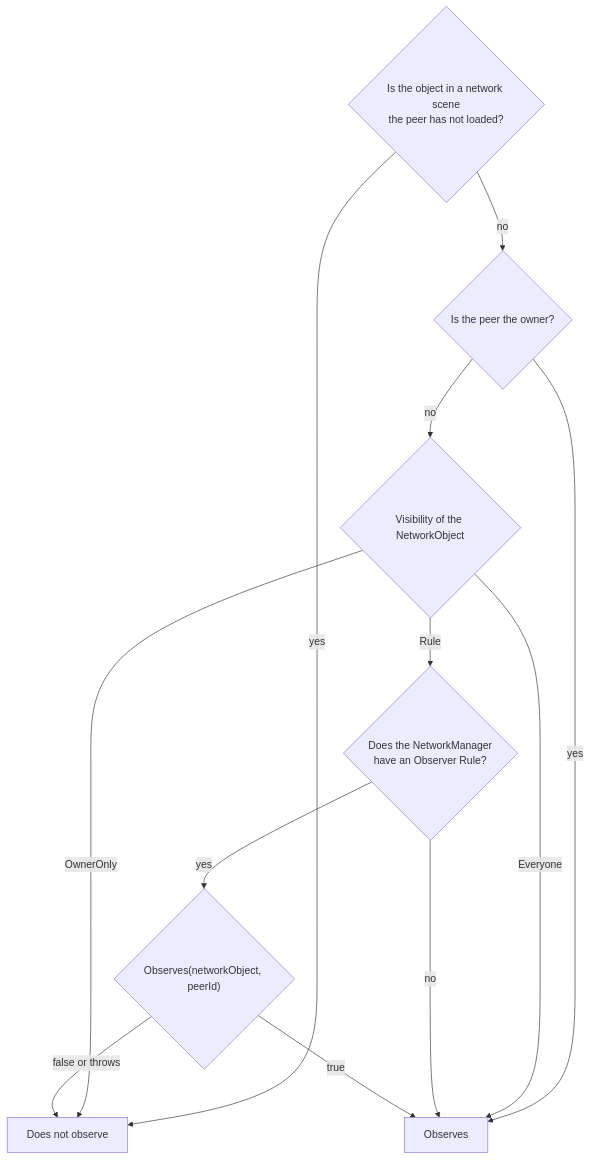
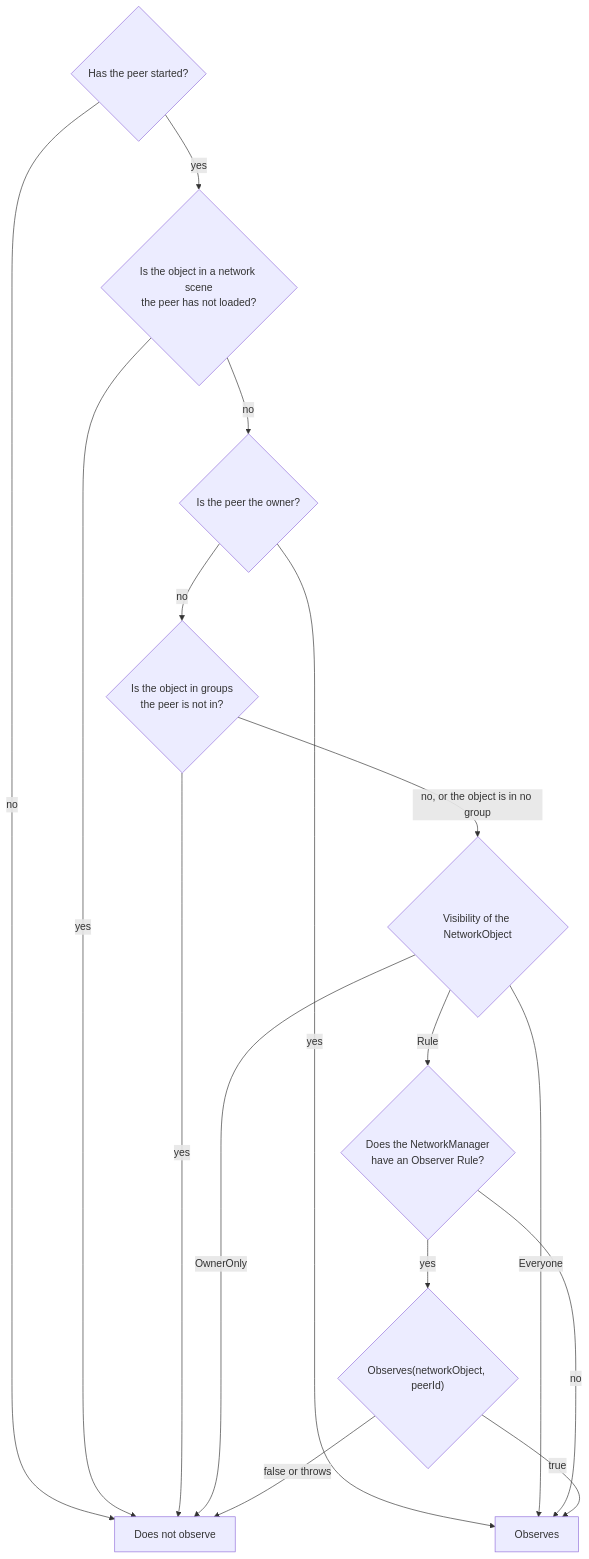
One commit to fomoxa/unity-docs changed the diagram in objects/observers.md. Above: the diagram before and after it, drawn with Mermaid. The commit also changed other lines of this file and 13 other files, not shown here.

````diff
--- a/objects/observers.md
+++ b/objects/observers.md
@@ -11,14 +11,18 @@
 ```mermaid
 flowchart TD
-    scene{"Is the object in a network scene<br/>the peer has not loaded?"} -- yes --> no["Does not observe"]
+    started{"Has the peer started?"} -- no --> no["Does not observe"]
+    started -- yes --> scene{"Is the object in a network scene<br/>the peer has not loaded?"}
+    scene -- yes --> no
     scene -- no --> owner{"Is the peer the owner?"}
     owner -- yes --> yes["Observes"]
-    owner -- no --> visibility{"Visibility of the NetworkObject"}
+    owner -- no --> group{"Is the object in groups<br/>the peer is not in?"}
+    group -- yes --> no
+    group -- "no, or the object is in no group" --> visibility{"Visibility of the NetworkObject"}
     visibility -- Everyone --> yes
     visibility -- OwnerOnly --> no
     visibility -- Rule --> rule{"Does the NetworkManager<br/>have an Observer Rule?"}
     rule -- no --> yes
     rule -- yes --> observes{"Observes(networkObject, peerId)"}
     observes -- true --> yes
     observes -- "false or throws" --> no
 ```
````
